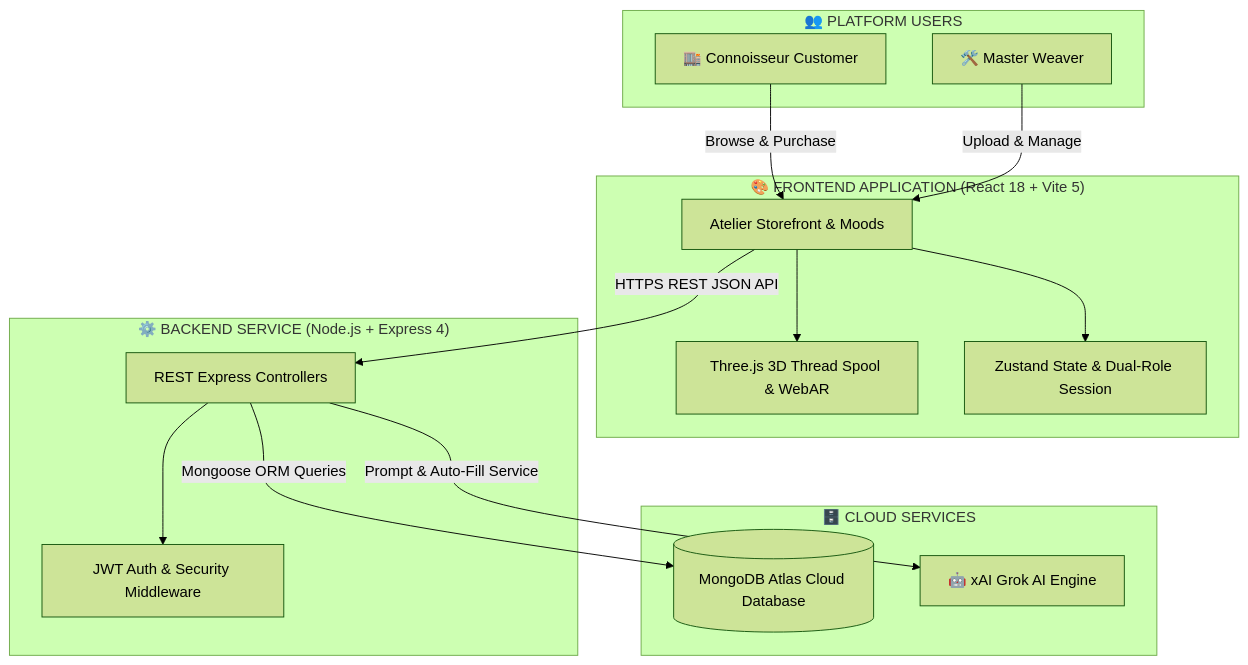
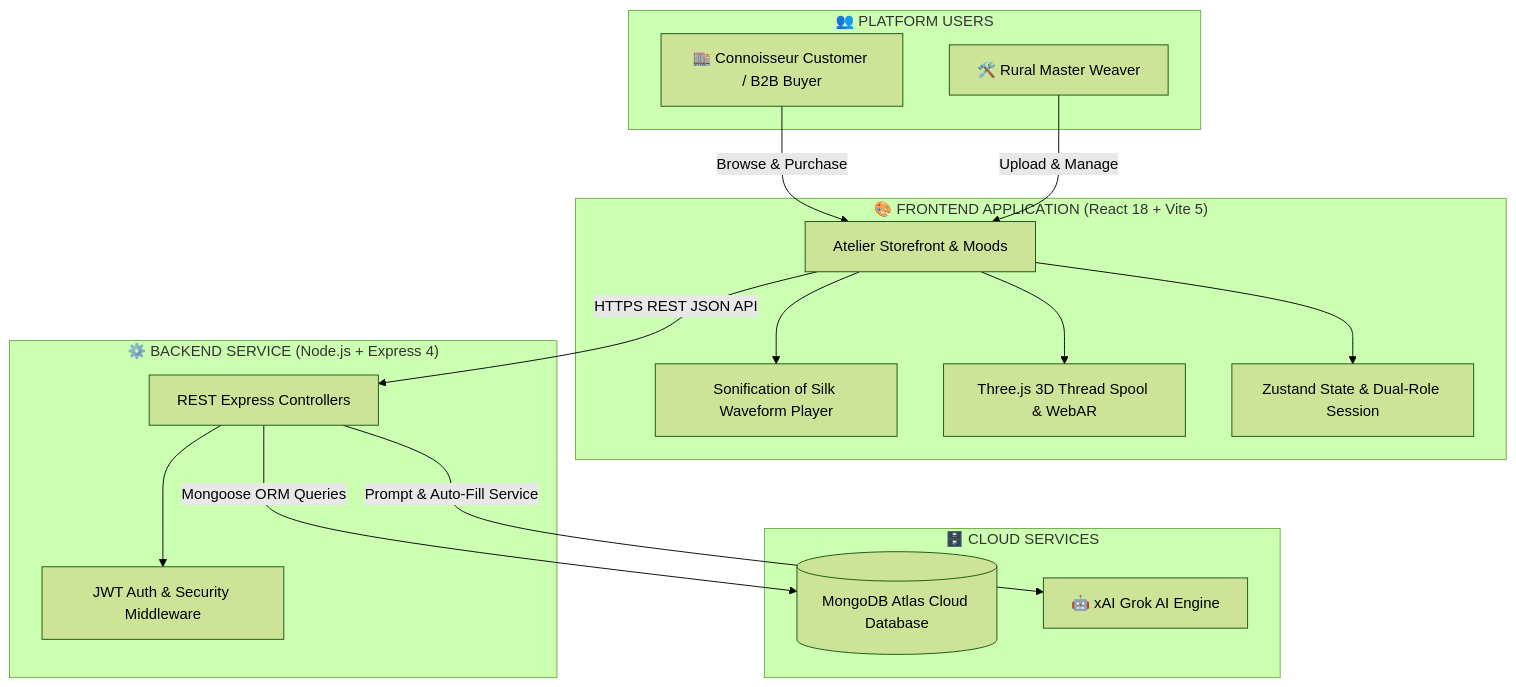
One commit to HardikMathur11/Adraya changed the first of 4 diagrams in README.md. Above: the diagram before and after it, drawn with Mermaid (forest theme). The commit also changed other lines of this file, not shown here.

Commit message:
Configure README.md with comprehensive WeaveHeritage Lux hackathon solution mapping and Mermaid diagrams

````diff
--- a/README.md
+++ b/README.md
@@ -90,32 +109,34 @@
 ```mermaid
 flowchart TD
     subgraph Users["👥 PLATFORM USERS"]
-        C["🏬 Connoisseur Customer"]
-        W["🛠️ Master Weaver"]
+        C["🏬 Connoisseur Customer / B2B Buyer"]
+        W["🛠️ Rural Master Weaver"]
     end
 
     subgraph Client["🎨 FRONTEND APPLICATION (React 18 + Vite 5)"]
         UI["Atelier Storefront & Moods"]
+        LoomAudio["Sonification of Silk Waveform Player"]
         Canvas3D["Three.js 3D Thread Spool & WebAR"]
         Store["Zustand State & Dual-Role Session"]
     end
 
     subgraph Server["⚙️ BACKEND SERVICE (Node.js + Express 4)"]
         API["REST Express Controllers"]
         JWT["JWT Auth & Security Middleware"]
     end
 
     subgraph Data["🗄️ CLOUD SERVICES"]
         Mongo[("MongoDB Atlas Cloud Database")]
         Grok["🤖 xAI Grok AI Engine"]
     end
 
     C -->|Browse & Purchase| UI
     W -->|Upload & Manage| UI
+    UI --> LoomAudio
     UI --> Canvas3D
     UI --> Store
     UI -->|HTTPS REST JSON API| API
     API --> JWT
     API -->|Mongoose ORM Queries| Mongo
     API -->|Prompt & Auto-Fill Service| Grok
 ```
````
